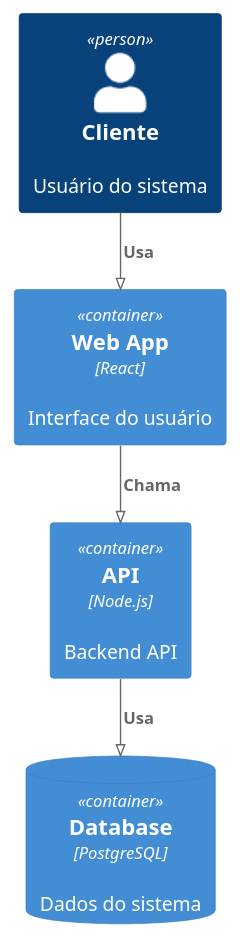
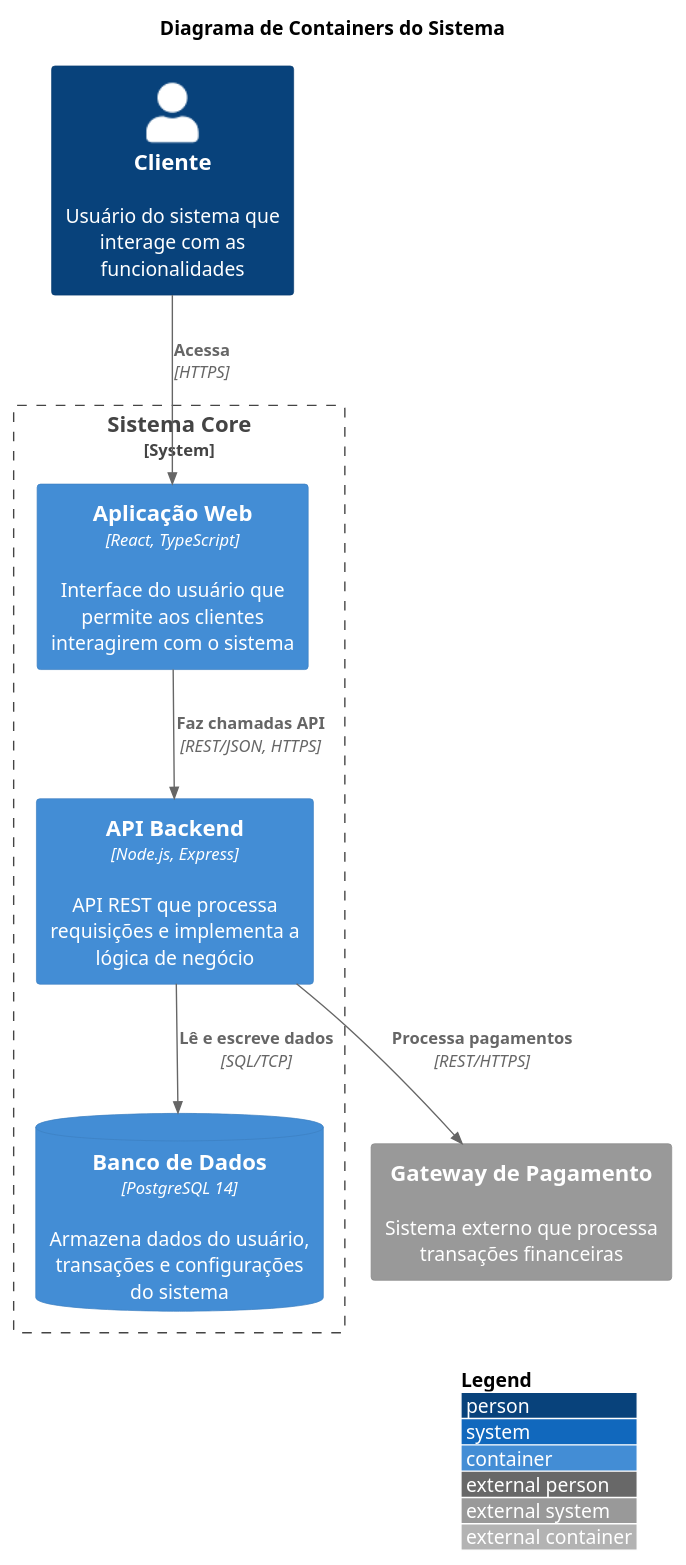
Before and after one commit to tiagonpsilva/architecture-decision-records: the diagram in diagrams/adr-039-containers.puml, drawn with PlantUML. The commit also changed 30 other files, not shown here.

Commit message:
feat: atualização dos diagramas C4 e adição de novos ADRs (Redis, AWS, ElasticSearch, ArgoCD, Datadog)

```diff
--- a/diagrams/adr-039-containers.puml
+++ b/diagrams/adr-039-containers.puml
@@ -1,14 +1,23 @@
 @startuml
-!pragma layout smetana
-' version 1.2023.7
-!include C4_Container.puml
+!include https://raw.githubusercontent.com/plantuml-stdlib/C4-PlantUML/master/C4_Container.puml
 
-Person(customer, "Cliente", "Usuário do sistema")
-Container(web_app, "Web App", "React", "Interface do usuário")
-Container(api, "API", "Node.js", "Backend API")
-ContainerDb(db, "Database", "PostgreSQL", "Dados do sistema")
+LAYOUT_WITH_LEGEND()
 
-Rel(customer, web_app, "Usa")
-Rel(web_app, api, "Chama")
-Rel(api, db, "Usa")
+title Diagrama de Containers do Sistema
+
+Person(customer, "Cliente", "Usuário do sistema que interage com as funcionalidades")
+
+System_Boundary(system, "Sistema Core") {
+    Container(web, "Aplicação Web", "React, TypeScript", "Interface do usuário que permite aos clientes interagirem com o sistema")
+    Container(api, "API Backend", "Node.js, Express", "API REST que processa requisições e implementa a lógica de negócio")
+    ContainerDb(db, "Banco de Dados", "PostgreSQL 14", "Armazena dados do usuário, transações e configurações do sistema")
+}
+
+System_Ext(payment, "Gateway de Pagamento", "Sistema externo que processa transações financeiras")
+
+Rel(customer, web, "Acessa", "HTTPS")
+Rel(web, api, "Faz chamadas API", "REST/JSON, HTTPS")
+Rel(api, db, "Lê e escreve dados", "SQL/TCP")
+Rel(api, payment, "Processa pagamentos", "REST/HTTPS")
+
 @enduml 
```
